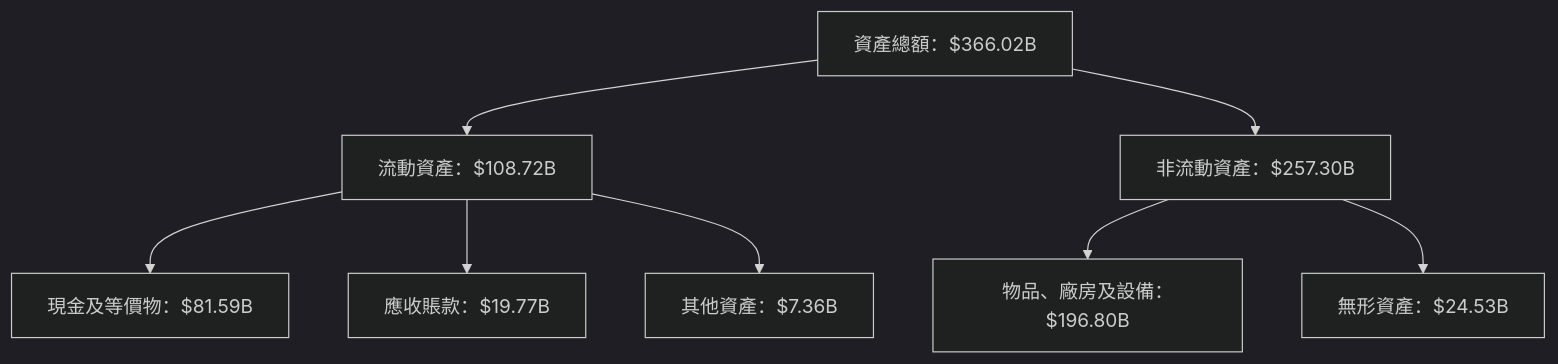
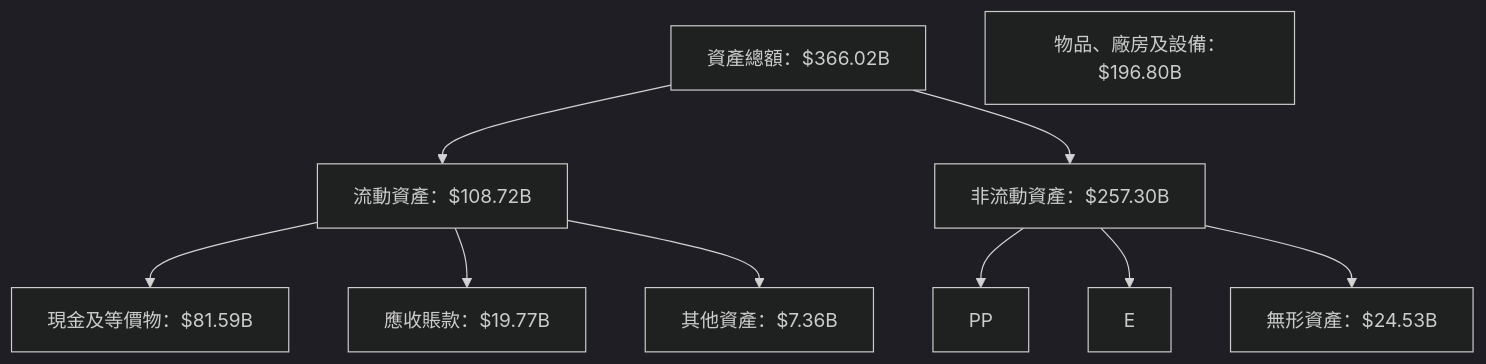
Before and after one commit to yennanliu/finance_data: the sixth of 14 diagrams in ai_gen_report/stock/meta/fundamental_analysis_2026-04-25_openai.md, drawn with Mermaid (dark theme). The commit also changed 2258 other files, not shown here.

First line of the commit message:
chore: backfill Mermaid syntax repair across existing reports

````diff
--- a/ai_gen_report/stock/meta/fundamental_analysis_2026-04-25_openai.md
+++ b/ai_gen_report/stock/meta/fundamental_analysis_2026-04-25_openai.md
@@ -262,23 +262,23 @@
 ```mermaid
 graph TD
     資產["資產總額：$366.02B"]
     流動資產["流動資產：$108.72B"]
     非流動資產["非流動資產：$257.30B"]
 
     現金["現金及等價物：$81.59B"]
     應收賬款["應收賬款：$19.77B"]
     其他資產["其他資產：$7.36B"]
 
     PP&E["物品、廠房及設備：$196.80B"]
     無形資產["無形資產：$24.53B"]
 
     資產 --> 流動資產
     資產 --> 非流動資產
 
     流動資產 --> 現金
     流動資產 --> 應收賬款
     流動資產 --> 其他資產
 
-    非流動資產 --> PP&E
+    非流動資產 --> PP  &  E
     非流動資產 --> 無形資產
 ```
````
